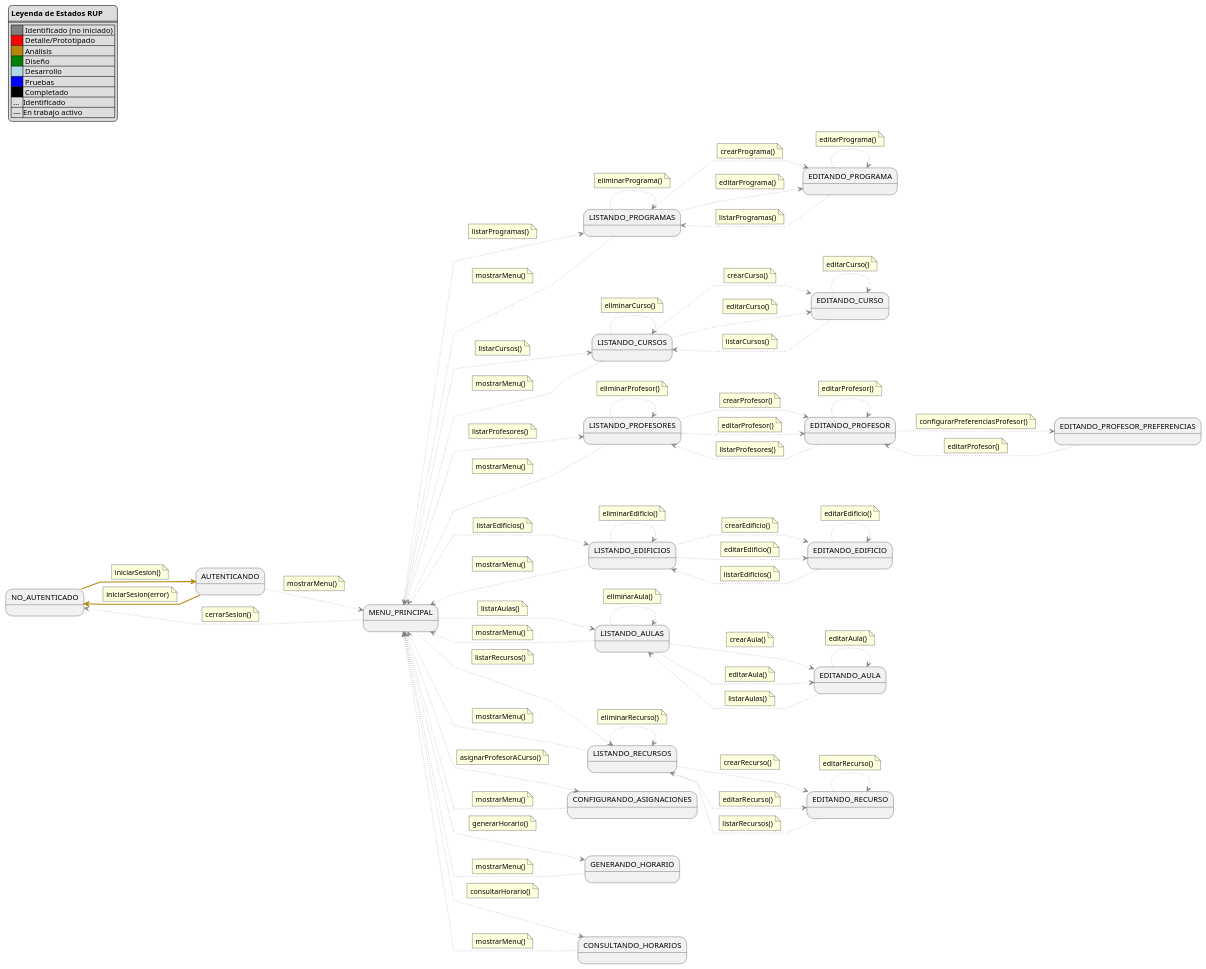
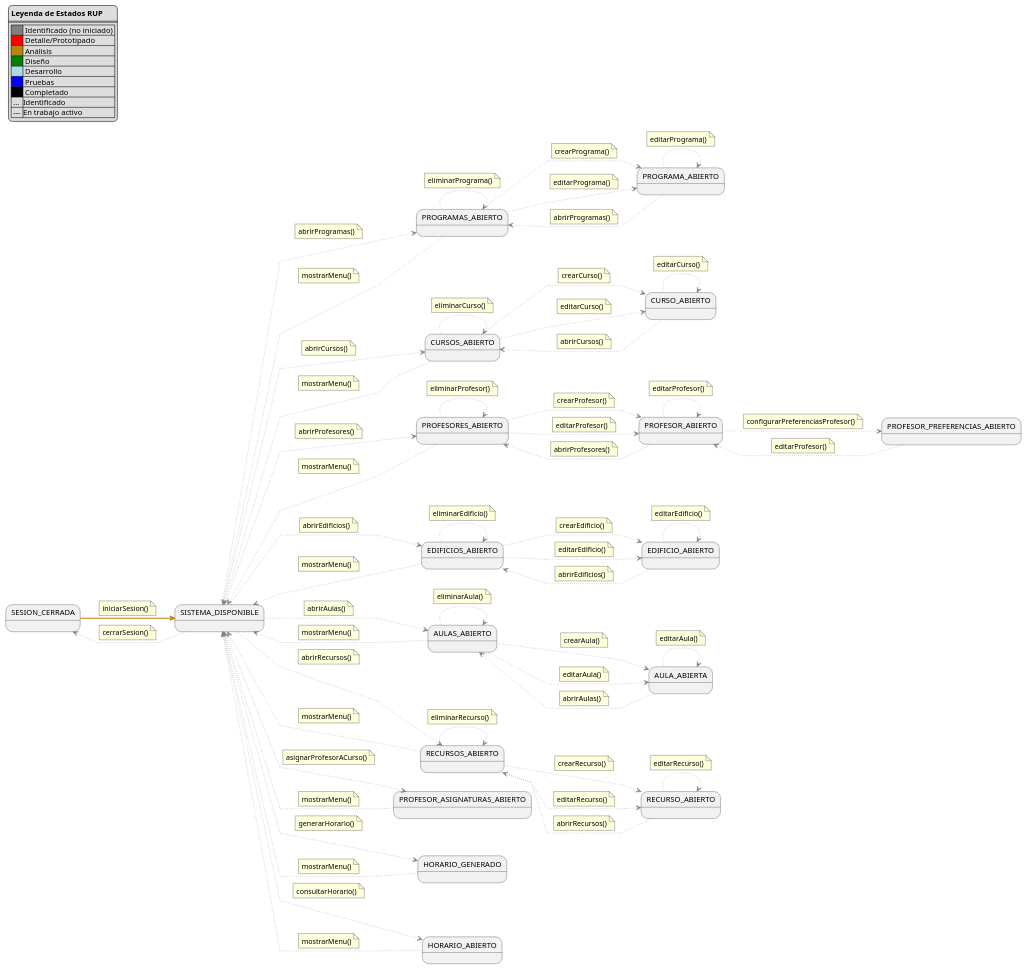
Before and after one commit to Hexcss/scheduler: the diagram in extraDocs/004-dashboard-visual-rup-casos-uso/ejemplo-estado-inicial.puml, drawn with PlantUML. The commit also changed 3 other files, not shown here.

```diff
--- a/extraDocs/004-dashboard-visual-rup-casos-uso/ejemplo-estado-inicial.puml
+++ b/extraDocs/004-dashboard-visual-rup-casos-uso/ejemplo-estado-inicial.puml
@@ -17,41 +17,30 @@
     | --- |En trabajo activo|
 end legend
 
-state "NO_AUTENTICADO" as NoAuth
-state "AUTENTICANDO" as PreMenu
-state "MENU_PRINCIPAL" as Menu
+state "SESION_CERRADA" as NoAuth
+state "SISTEMA_DISPONIBLE" as Menu
 
-state "LISTANDO_PROGRAMAS" as ListProgramas
-state "EDITANDO_PROGRAMA" as EditPrograma
-state "LISTANDO_CURSOS" as ListCursos
-state "EDITANDO_CURSO" as EditCurso
-state "LISTANDO_PROFESORES" as ListProfesores
-state "EDITANDO_PROFESOR" as EditProfesor
-state "EDITANDO_PROFESOR_PREFERENCIAS" as EditProfesorPreferencias
-state "LISTANDO_EDIFICIOS" as ListEdificios
-state "EDITANDO_EDIFICIO" as EditEdificio
-state "LISTANDO_AULAS" as ListAulas
-state "EDITANDO_AULA" as EditAula
-state "LISTANDO_RECURSOS" as ListRecursos
-state "EDITANDO_RECURSO" as EditRecurso
+state "PROGRAMAS_ABIERTO" as ListProgramas
+state "PROGRAMA_ABIERTO" as EditPrograma
+state "CURSOS_ABIERTO" as ListCursos
+state "CURSO_ABIERTO" as EditCurso
+state "PROFESORES_ABIERTO" as ListProfesores
+state "PROFESOR_ABIERTO" as EditProfesor
+state "PROFESOR_PREFERENCIAS_ABIERTO" as EditProfesorPreferencias
+state "EDIFICIOS_ABIERTO" as ListEdificios
+state "EDIFICIO_ABIERTO" as EditEdificio
+state "AULAS_ABIERTO" as ListAulas
+state "AULA_ABIERTA" as EditAula
+state "RECURSOS_ABIERTO" as ListRecursos
+state "RECURSO_ABIERTO" as EditRecurso
 
-state "CONFIGURANDO_ASIGNACIONES" as Asignaciones
-state "GENERANDO_HORARIO" as Generacion
-state "CONSULTANDO_HORARIOS" as Consulta
+state "PROFESOR_ASIGNATURAS_ABIERTO" as Asignaciones
+state "HORARIO_GENERADO" as Generacion
+state "HORARIO_ABIERTO" as Consulta
 
-PreMenu -[#darkgoldenrod,thickness=2]-> NoAuth
-    note on link
-        iniciarSesion(error)
-    end note
-
-NoAuth -[#darkgoldenrod,thickness=2]-> PreMenu
+NoAuth -[#darkgoldenrod,thickness=2]-> Menu
     note on link
         iniciarSesion()
-    end note
-
-PreMenu -[#gray,dotted]-> Menu
-    note on link
-        mostrarMenu()
     end note
 
 Menu -[#gray,dotted]-> NoAuth
@@ -61,32 +50,32 @@
 
 Menu -[#gray,dotted]-> ListProgramas
     note on link
-        listarProgramas()
+        abrirProgramas()
     end note
 
 Menu -[#gray,dotted]-> ListCursos
     note on link
-        listarCursos()
+        abrirCursos()
     end note
 
 Menu -[#gray,dotted]-> ListProfesores
     note on link
-        listarProfesores()
+        abrirProfesores()
     end note
 
 Menu -[#gray,dotted]-> ListEdificios
     note on link
-        listarEdificios()
+        abrirEdificios()
     end note
 
 Menu -[#gray,dotted]-> ListAulas
     note on link
-        listarAulas()
+        abrirAulas()
     end note
 
 Menu -[#gray,dotted]-> ListRecursos
     note on link
-        listarRecursos()
+        abrirRecursos()
     end note
 
 Menu -[#gray,dotted]-> Asignaciones
@@ -126,7 +115,7 @@
 
 EditPrograma -[#gray,dotted]-> ListProgramas
     note on link
-        listarProgramas()
+        abrirProgramas()
     end note
 
 ListCursos -[#gray,dotted]-> EditCurso
@@ -151,7 +140,7 @@
 
 EditCurso -[#gray,dotted]-> ListCursos
     note on link
-        listarCursos()
+        abrirCursos()
     end note
 
 ListProfesores -[#gray,dotted]-> EditProfesor
@@ -186,7 +175,7 @@
     
 EditProfesor -[#gray,dotted]-> ListProfesores
     note on link
-        listarProfesores()
+        abrirProfesores()
     end note
 
 ListEdificios -[#gray,dotted]-> EditEdificio
@@ -211,7 +200,7 @@
 
 EditEdificio -[#gray,dotted]-> ListEdificios
     note on link
-        listarEdificios()
+        abrirEdificios()
     end note
 
 ListAulas -[#gray,dotted]-> EditAula
@@ -236,7 +225,7 @@
 
 EditAula -[#gray,dotted]-> ListAulas
     note on link
-        listarAulas()
+        abrirAulas()
     end note
 
 ListRecursos -[#gray,dotted]-> EditRecurso
@@ -261,7 +250,7 @@
 
 EditRecurso -[#gray,dotted]-> ListRecursos
     note on link
-        listarRecursos()
+        abrirRecursos()
     end note
 
 ListProgramas -[#gray,dotted]-> Menu
```
